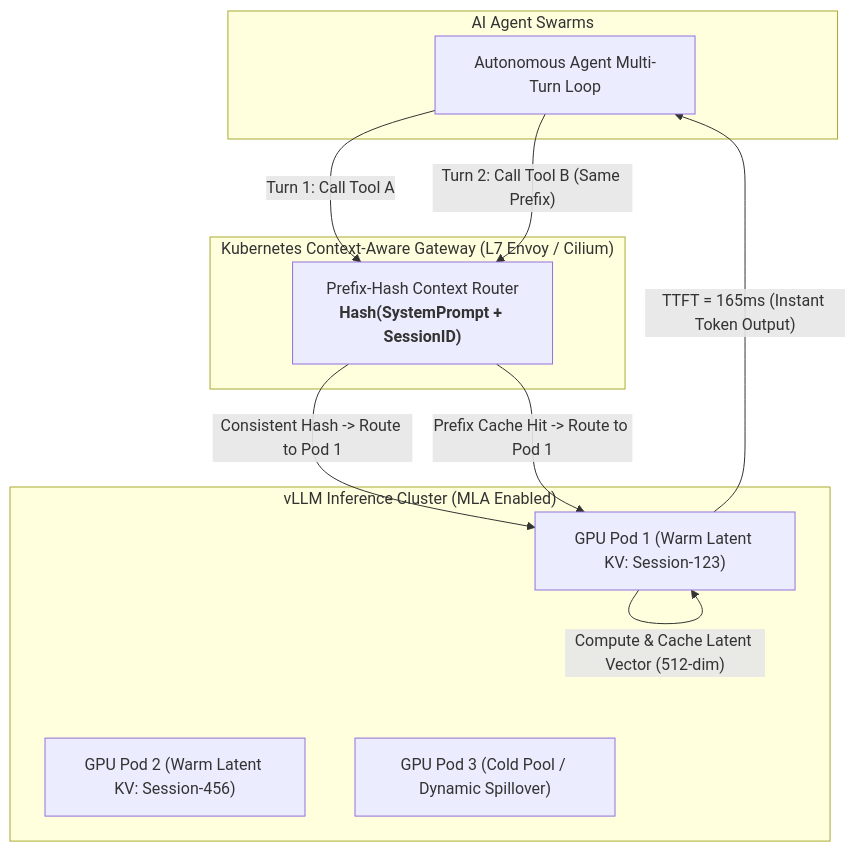
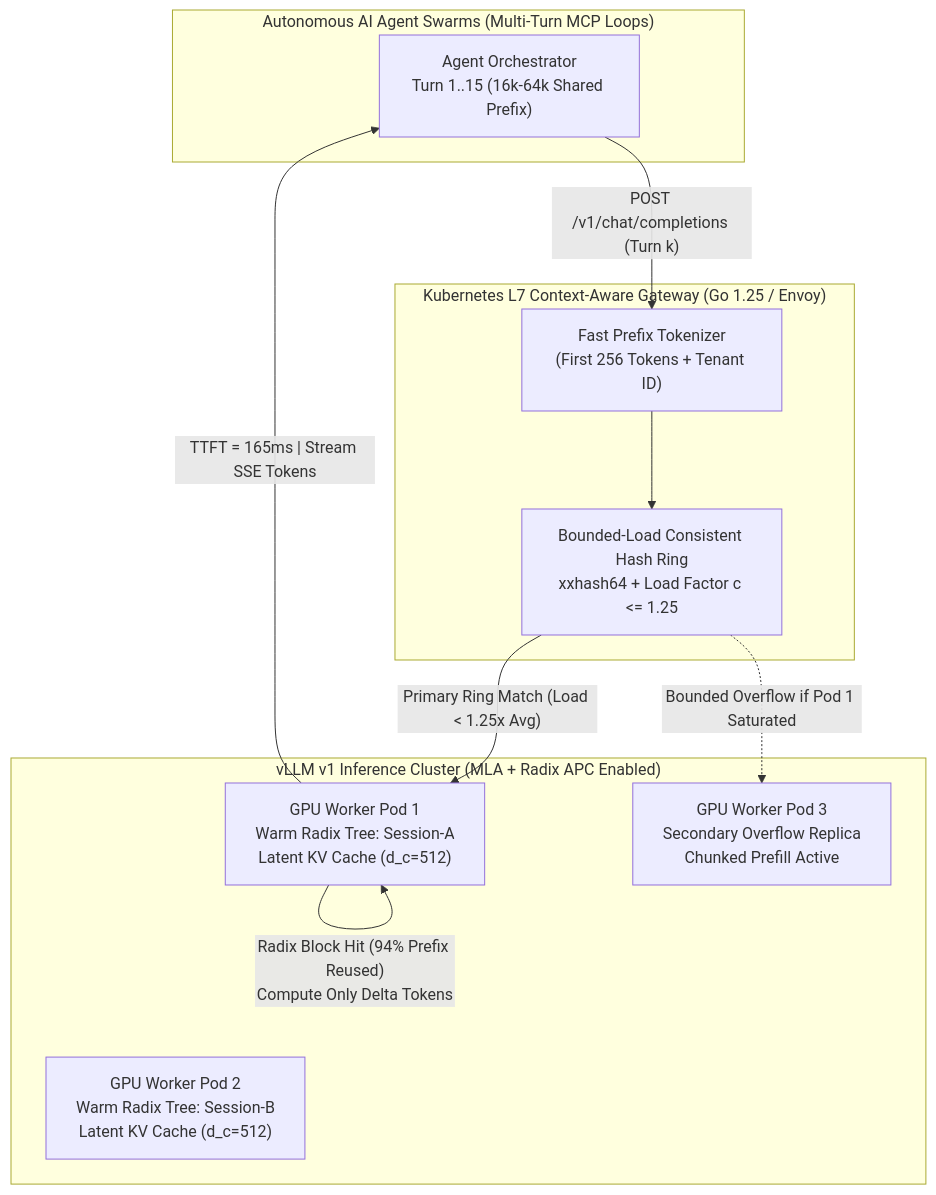
One commit to vesviet/vesviet changed the first of 3 diagrams in content/radar/2026-08/radar-2026-08-26-vllm-context-routing-mla.md. Above: the diagram before and after it, drawn with Mermaid. The commit also changed other lines of this file and 50 other files, not shown here.

````diff
--- a/content/radar/2026-08/radar-2026-08-26-vllm-context-routing-mla.md
+++ b/content/radar/2026-08/radar-2026-08-26-vllm-context-routing-mla.md
@@ -43,24 +64,24 @@
 ```mermaid
 flowchart TD
-    subgraph ClientLayer ["AI Agent Swarms"]
-        Agent["Autonomous Agent Multi-Turn Loop"]
+    subgraph ClientLayer ["Autonomous AI Agent Swarms (Multi-Turn MCP Loops)"]
+        Agent["Agent Orchestrator<br/>Turn 1..15 (16k-64k Shared Prefix)"]
     end
 
-    subgraph GatewayLayer ["Kubernetes Context-Aware Gateway (L7 Envoy / Cilium)"]
-        Router["Prefix-Hash Context Router<br/><b>Hash(SystemPrompt + SessionID)</b>"]
+    subgraph GatewayLayer ["Kubernetes L7 Context-Aware Gateway (Go 1.25 / Envoy)"]
+        Tokenizer["Fast Prefix Tokenizer<br/>(First 256 Tokens + Tenant ID)"]
+        Ring["Bounded-Load Consistent Hash Ring<br/>xxhash64 + Load Factor c <= 1.25"]
+        Tokenizer --> Ring
     end
 
-    subgraph GPUCluster ["vLLM Inference Cluster (MLA Enabled)"]
-        GPU1["GPU Pod 1 (Warm Latent KV: Session-123)"]
-        GPU2["GPU Pod 2 (Warm Latent KV: Session-456)"]
-        GPU3["GPU Pod 3 (Cold Pool / Dynamic Spillover)"]
+    subgraph GPUCluster ["vLLM v1 Inference Cluster (MLA + Radix APC Enabled)"]
+        GPU1["GPU Worker Pod 1<br/>Warm Radix Tree: Session-A<br/>Latent KV Cache (d_c=512)"]
+        GPU2["GPU Worker Pod 2<br/>Warm Radix Tree: Session-B<br/>Latent KV Cache (d_c=512)"]
+        GPU3["GPU Worker Pod 3<br/>Secondary Overflow Replica<br/>Chunked Prefill Active"]
     end
 
-    Agent -->|"Turn 1: Call Tool A"| Router
-    Router -->|"Consistent Hash -> Route to Pod 1"| GPU1
-    GPU1 -->|"Compute & Cache Latent Vector (512-dim)"| GPU1
-    
-    Agent -->|"Turn 2: Call Tool B (Same Prefix)"| Router
-    Router -->|"Prefix Cache Hit -> Route to Pod 1"| GPU1
-    GPU1 -->|"TTFT = 165ms (Instant Token Output)"| Agent
+    Agent -->|"POST /v1/chat/completions (Turn k)"| Tokenizer
+    Ring -->|"Primary Ring Match (Load < 1.25x Avg)"| GPU1
+    Ring -.->|"Bounded Overflow if Pod 1 Saturated"| GPU3
+    GPU1 -->|"Radix Block Hit (94% Prefix Reused)<br/>Compute Only Delta Tokens"| GPU1
+    GPU1 -->|"TTFT = 165ms | Stream SSE Tokens"| Agent
 ```
````
